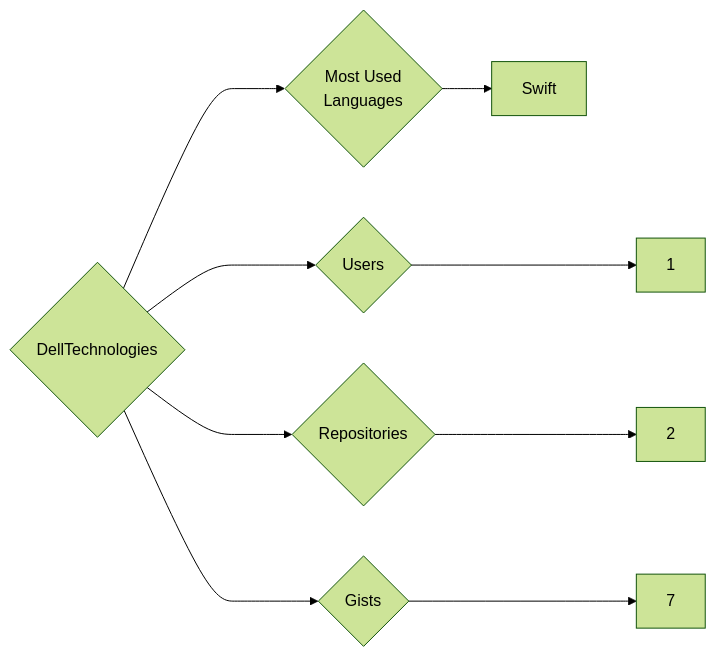
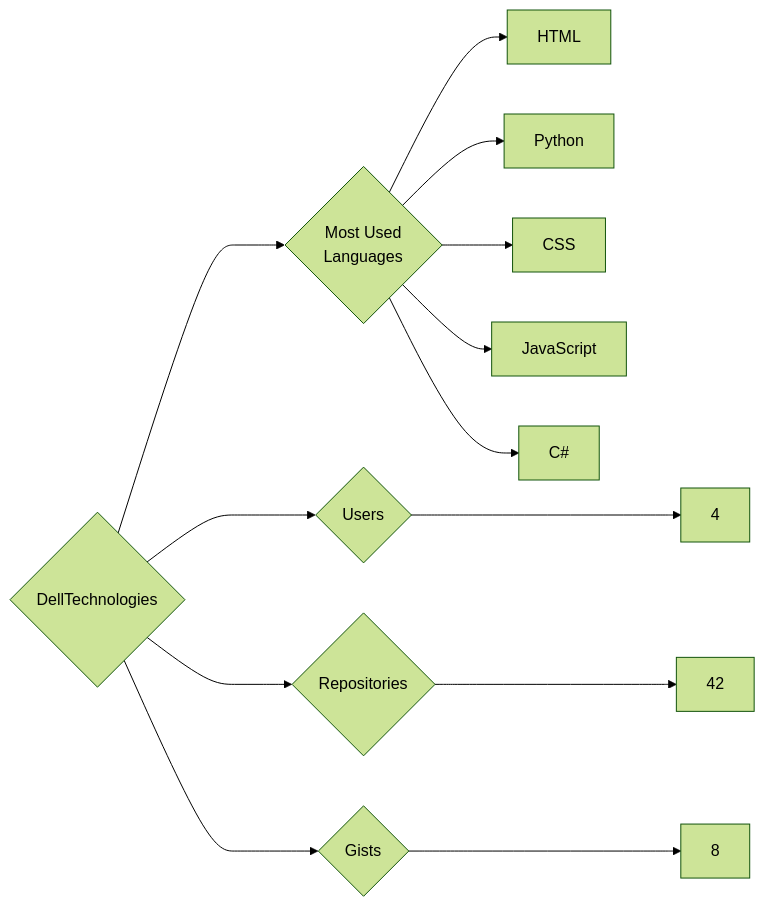
Before and after one commit to trickest/insiders: the diagram in targets/DellTechnologies/README.md, drawn with Mermaid (forest theme). The commit also changed 1175 other files, not shown here.

````diff
--- a/targets/DellTechnologies/README.md
+++ b/targets/DellTechnologies/README.md
@@ -3,9 +3,13 @@
 ```mermaid
 graph LR
 COMPANY_NAME{DellTechnologies}
-COMPANY_NAME ---> U{Users} ---> UN[1]
-COMPANY_NAME ---> R{Repositories} ---> RN[2]
-COMPANY_NAME ---> G{Gists} ---> GN[7]
+COMPANY_NAME ---> U{Users} ---> UN[4]
+COMPANY_NAME ---> R{Repositories} ---> RN[42]
+COMPANY_NAME ---> G{Gists} ---> GN[8]
 COMPANY_NAME ---> ML{Most Used<br>Languages}
-ML --> Swift[Swift]
+ML --> HTML[HTML]
+ML --> Python[Python]
+ML --> CSS[CSS]
+ML --> JavaScript[JavaScript]
+ML --> C#[C#]
 ```
````
